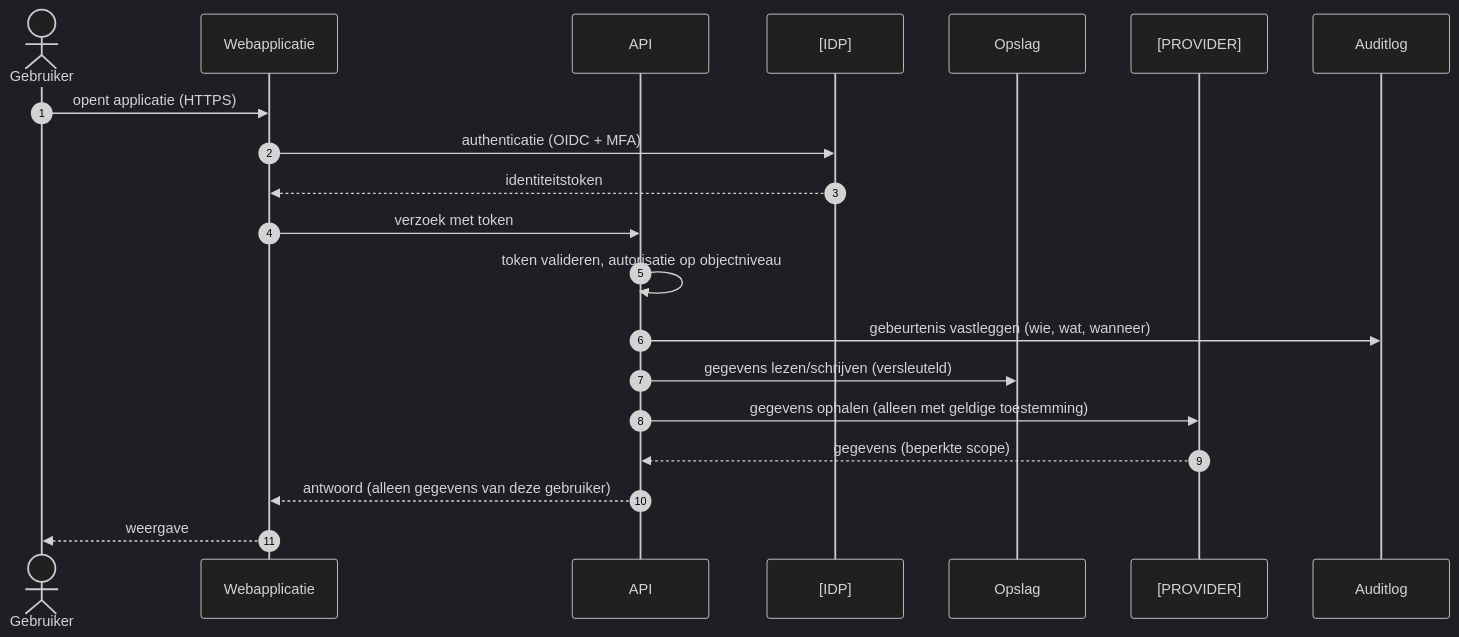
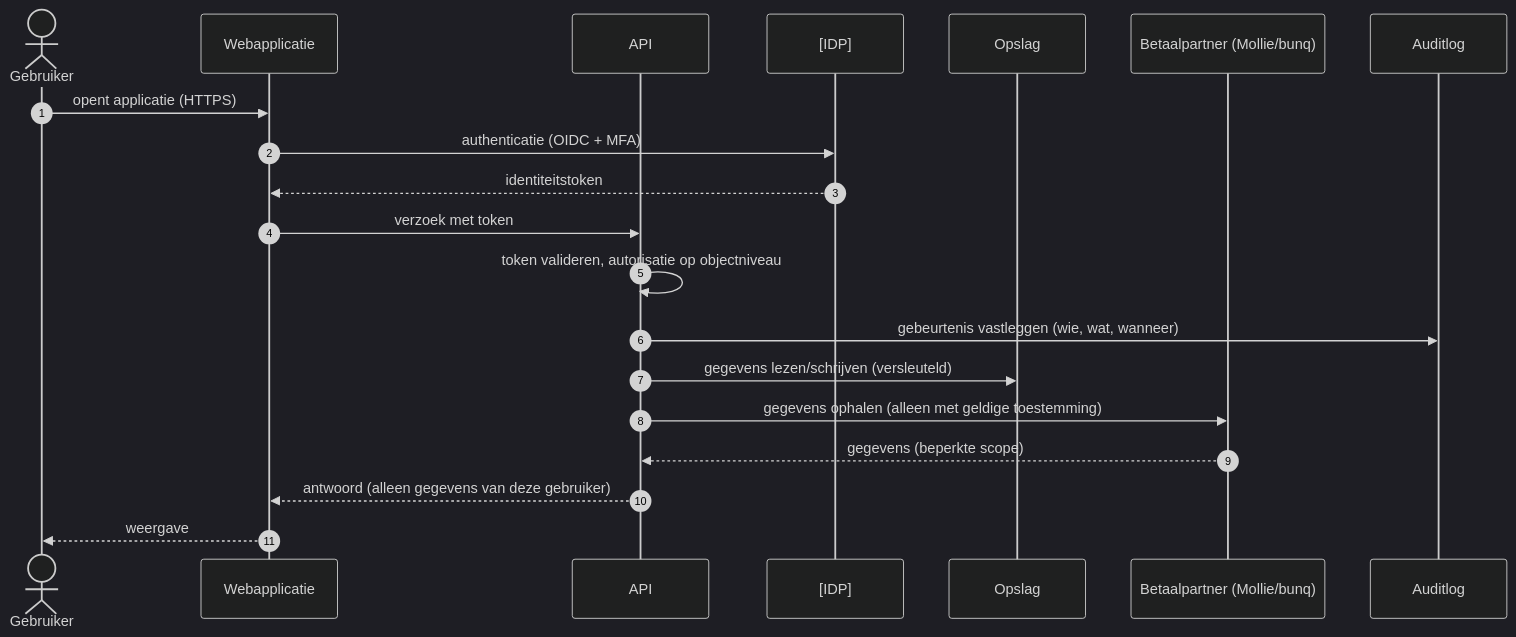
One commit to WildcatKSS/SolidYield changed the diagram in docs/architecture/data-flow.md. Above: the diagram before and after it, drawn with Mermaid (dark theme). The commit also changed other lines of this file and 13 other files, not shown here.

````diff
--- a/docs/architecture/data-flow.md
+++ b/docs/architecture/data-flow.md
@@ -9,23 +21,23 @@
 ```mermaid
 sequenceDiagram
     autonumber
     actor U as Gebruiker
     participant W as Webapplicatie
     participant A as API
     participant I as [IDP]
     participant D as Opslag
-    participant P as [PROVIDER]
+    participant P as Betaalpartner (Mollie/bunq)
     participant L as Auditlog
 
     U->>W: opent applicatie (HTTPS)
     W->>I: authenticatie (OIDC + MFA)
     I-->>W: identiteitstoken
     W->>A: verzoek met token
     A->>A: token valideren, autorisatie op objectniveau
     A->>L: gebeurtenis vastleggen (wie, wat, wanneer)
     A->>D: gegevens lezen/schrijven (versleuteld)
     A->>P: gegevens ophalen (alleen met geldige toestemming)
     P-->>A: gegevens (beperkte scope)
     A-->>W: antwoord (alleen gegevens van deze gebruiker)
     W-->>U: weergave
 ```
````
